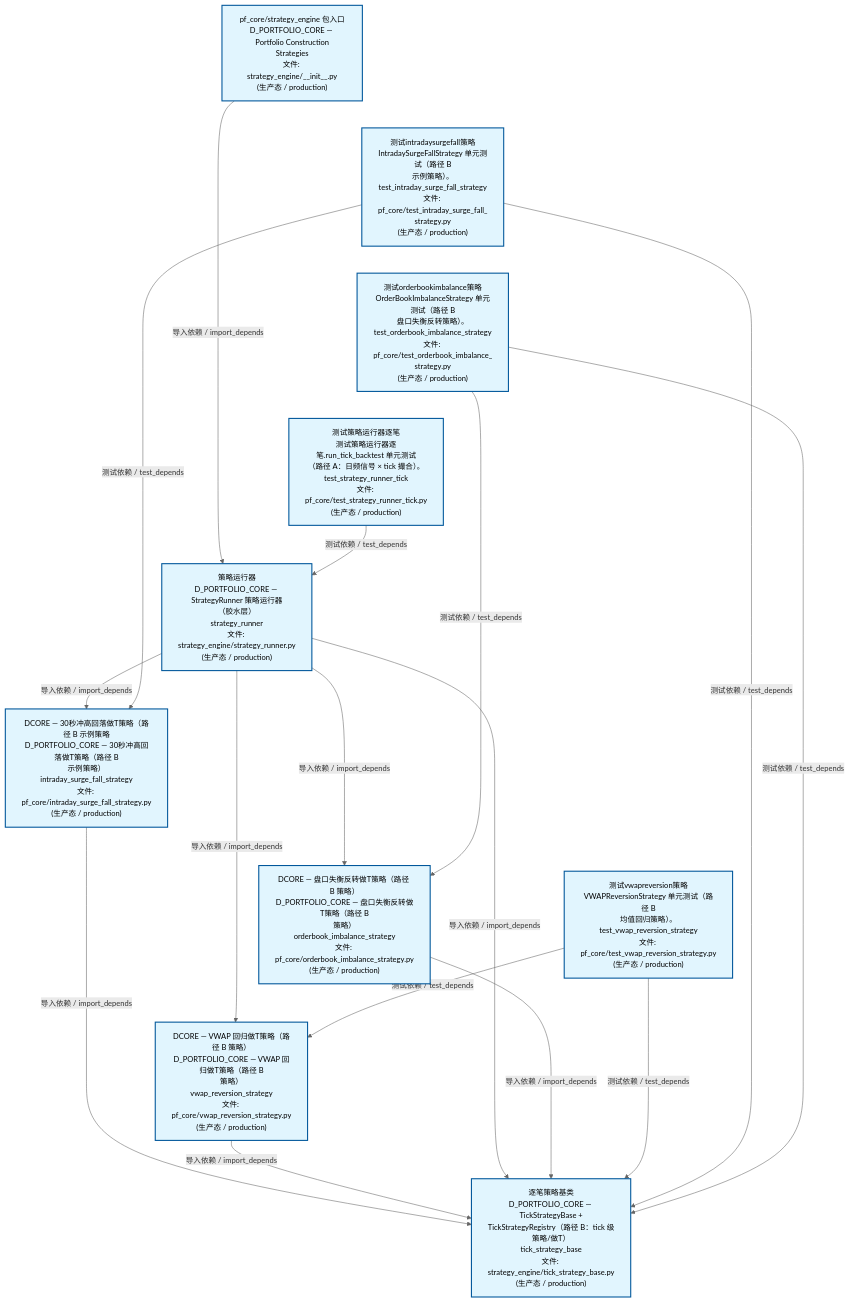
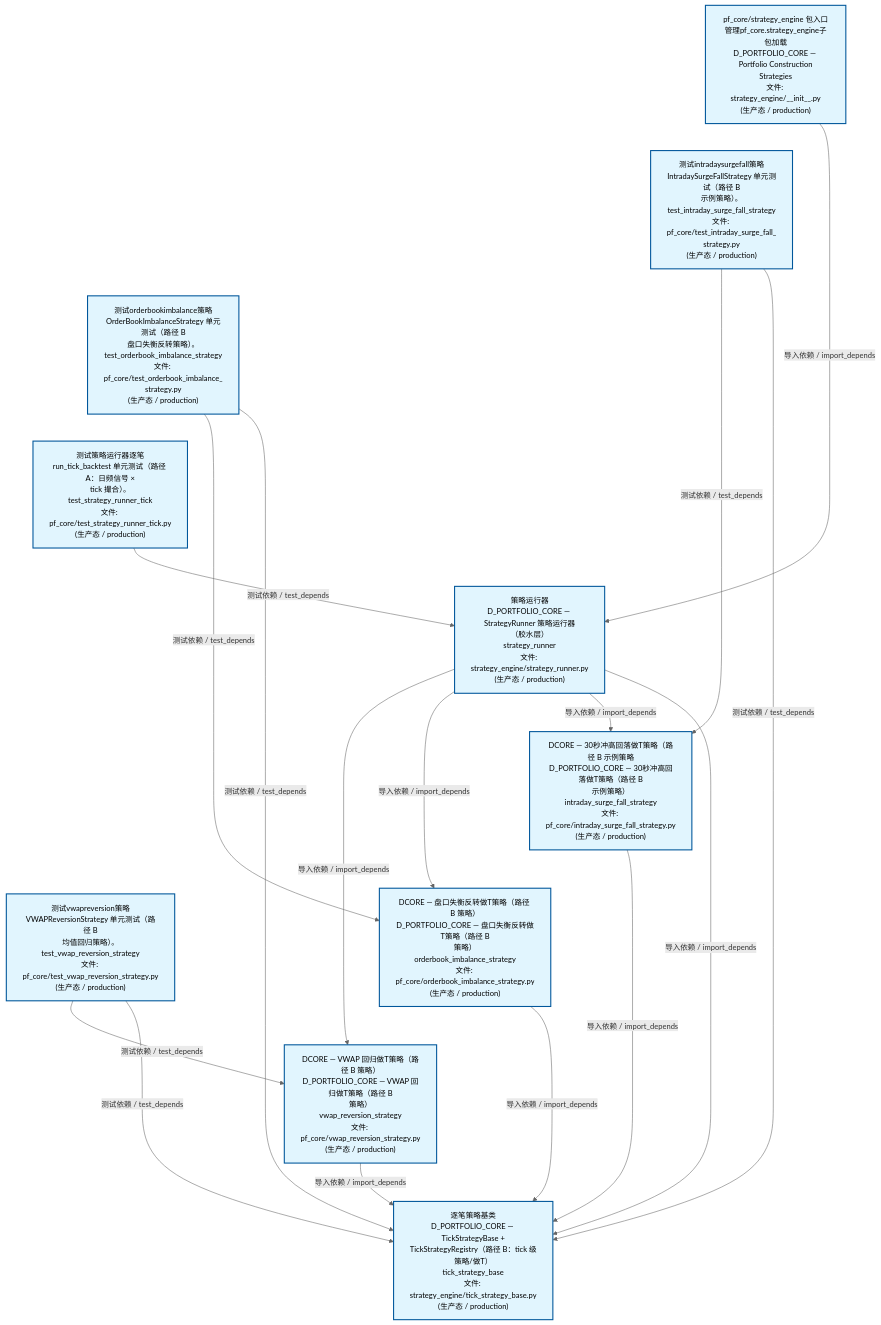
The second of 4 diagrams in docs/02_enterprise_architecture/02_domain_architecture_docs/63_d_pf_core.md (xuanFelixVan/ZephyrAlpha), drawn with Mermaid before and after one commit. The commit also changed other lines of this file and 61 other files, not shown here.

````diff
--- a/docs/02_enterprise_architecture/02_domain_architecture_docs/63_d_pf_core.md
+++ b/docs/02_enterprise_architecture/02_domain_architecture_docs/63_d_pf_core.md
@@ -136,40 +136,40 @@
 ```mermaid
 %%{init: {'theme': 'base', 'themeVariables': {'primaryColor': '#eaeaea', 'primaryTextColor': '#333333', 'primaryBorderColor': '#666666', 'lineColor': '#666666', 'secondaryColor': '#eaeaea', 'tertiaryColor': '#eaeaea', 'fontSize': '14px'}}}%%
 flowchart TD
-    src_zephyr_pf_core_strategy_engine_init_py["pf_core/strategy_engine 包入口<br/>D_PORTFOLIO_CORE — Portfolio Construction<br/>Strategies<br/>文件: strategy_engine/__init__.py<br/>(生产态 / production)"]
+    src_zephyr_pf_core_strategy_engine_init_py["pf_core/strategy_engine 包入口<br/>管理pf_core.strategy_engine子包加载<br/>D_PORTFOLIO_CORE — Portfolio Construction<br/>Strategies<br/>文件: strategy_engine/__init__.py<br/>(生产态 / production)"]
     tests_pf_core_test_intraday_surge_fall_strategy_py["测试intradaysurgefall策略<br/>IntradaySurgeFallStrategy 单元测试（路径 B<br/>示例策略）。<br/>test_intraday_surge_fall_strategy<br/>文件: pf_core/test_intraday_surge_fall_<br/>strategy.py<br/>(生产态 / production)"]
     tests_pf_core_test_orderbook_imbalance_strategy_py["测试orderbookimbalance策略<br/>OrderBookImbalanceStrategy 单元测试（路径 B<br/>盘口失衡反转策略）。<br/>test_orderbook_imbalance_strategy<br/>文件: pf_core/test_orderbook_imbalance_<br/>strategy.py<br/>(生产态 / production)"]
-    tests_pf_core_test_strategy_runner_tick_py["测试策略运行器逐笔<br/>测试策略运行器逐笔.run_tick_backtest 单元测试<br/>（路径 A：日频信号 × tick 撮合）。<br/>test_strategy_runner_tick<br/>文件: pf_core/test_strategy_runner_tick.py<br/>(生产态 / production)"]
+    tests_pf_core_test_strategy_runner_tick_py["测试策略运行器逐笔<br/>run_tick_backtest 单元测试（路径 A：日频信号 ×<br/>tick 撮合）。<br/>test_strategy_runner_tick<br/>文件: pf_core/test_strategy_runner_tick.py<br/>(生产态 / production)"]
     tests_pf_core_test_vwap_reversion_strategy_py["测试vwapreversion策略<br/>VWAPReversionStrategy 单元测试（路径 B<br/>均值回归策略）。<br/>test_vwap_reversion_strategy<br/>文件: pf_core/test_vwap_reversion_strategy.py<br/>(生产态 / production)"]
     src_zephyr_pf_core_strategy_engine_init_py ~~~ tests_pf_core_test_intraday_surge_fall_strategy_py
     tests_pf_core_test_intraday_surge_fall_strategy_py ~~~ tests_pf_core_test_orderbook_imbalance_strategy_py
     tests_pf_core_test_orderbook_imbalance_strategy_py ~~~ tests_pf_core_test_strategy_runner_tick_py
     tests_pf_core_test_strategy_runner_tick_py ~~~ tests_pf_core_test_vwap_reversion_strategy_py
     src_zephyr_pf_core_strategy_engine_strategy_runner_py["策略运行器<br/>D_PORTFOLIO_CORE — StrategyRunner 策略运行器<br/>（胶水层）<br/>strategy_runner<br/>文件: strategy_engine/strategy_runner.py<br/>(生产态 / production)"]
     src_zephyr_pf_core_intraday_surge_fall_strategy_py["DCORE — 30秒冲高回落做T策略（路径 B 示例策略<br/>D_PORTFOLIO_CORE — 30秒冲高回落做T策略（路径 B<br/>示例策略）<br/>intraday_surge_fall_strategy<br/>文件: pf_core/intraday_surge_fall_strategy.py<br/>(生产态 / production)"]
     src_zephyr_pf_core_orderbook_imbalance_strategy_py["DCORE — 盘口失衡反转做T策略（路径 B 策略）<br/>D_PORTFOLIO_CORE — 盘口失衡反转做T策略（路径 B<br/>策略）<br/>orderbook_imbalance_strategy<br/>文件: pf_core/orderbook_imbalance_strategy.py<br/>(生产态 / production)"]
     src_zephyr_pf_core_vwap_reversion_strategy_py["DCORE — VWAP 回归做T策略（路径 B 策略）<br/>D_PORTFOLIO_CORE — VWAP 回归做T策略（路径 B<br/>策略）<br/>vwap_reversion_strategy<br/>文件: pf_core/vwap_reversion_strategy.py<br/>(生产态 / production)"]
     src_zephyr_pf_core_intraday_surge_fall_strategy_py ~~~ src_zephyr_pf_core_orderbook_imbalance_strategy_py
     src_zephyr_pf_core_orderbook_imbalance_strategy_py ~~~ src_zephyr_pf_core_vwap_reversion_strategy_py
     src_zephyr_pf_core_strategy_engine_tick_strategy_base_py["逐笔策略基类<br/>D_PORTFOLIO_CORE — TickStrategyBase +<br/>TickStrategyRegistry（路径 B：tick 级策略/做T）<br/>tick_strategy_base<br/>文件: strategy_engine/tick_strategy_base.py<br/>(生产态 / production)"]
+    src_zephyr_pf_core_vwap_reversion_strategy_py -->|导入依赖 / import_depends| src_zephyr_pf_core_strategy_engine_tick_strategy_base_py
+    src_zephyr_pf_core_orderbook_imbalance_strategy_py -->|导入依赖 / import_depends| src_zephyr_pf_core_strategy_engine_tick_strategy_base_py
     src_zephyr_pf_core_intraday_surge_fall_strategy_py -->|导入依赖 / import_depends| src_zephyr_pf_core_strategy_engine_tick_strategy_base_py
-    src_zephyr_pf_core_vwap_reversion_strategy_py -->|导入依赖 / import_depends| src_zephyr_pf_core_strategy_engine_tick_strategy_base_py
+    src_zephyr_pf_core_strategy_engine_init_py -->|导入依赖 / import_depends| src_zephyr_pf_core_strategy_engine_strategy_runner_py
+    src_zephyr_pf_core_strategy_engine_strategy_runner_py -->|导入依赖 / import_depends| src_zephyr_pf_core_vwap_reversion_strategy_py
+    src_zephyr_pf_core_strategy_engine_strategy_runner_py -->|导入依赖 / import_depends| src_zephyr_pf_core_orderbook_imbalance_strategy_py
     src_zephyr_pf_core_strategy_engine_strategy_runner_py -->|导入依赖 / import_depends| src_zephyr_pf_core_intraday_surge_fall_strategy_py
-    src_zephyr_pf_core_strategy_engine_strategy_runner_py -->|导入依赖 / import_depends| src_zephyr_pf_core_vwap_reversion_strategy_py
     src_zephyr_pf_core_strategy_engine_strategy_runner_py -->|导入依赖 / import_depends| src_zephyr_pf_core_strategy_engine_tick_strategy_base_py
-    src_zephyr_pf_core_strategy_engine_strategy_runner_py -->|导入依赖 / import_depends| src_zephyr_pf_core_orderbook_imbalance_strategy_py
-    src_zephyr_pf_core_strategy_engine_init_py -->|导入依赖 / import_depends| src_zephyr_pf_core_strategy_engine_strategy_runner_py
-    src_zephyr_pf_core_orderbook_imbalance_strategy_py -->|导入依赖 / import_depends| src_zephyr_pf_core_strategy_engine_tick_strategy_base_py
+    tests_pf_core_test_intraday_surge_fall_strategy_py -->|测试依赖 / test_depends| src_zephyr_pf_core_intraday_surge_fall_strategy_py
+    tests_pf_core_test_intraday_surge_fall_strategy_py -->|测试依赖 / test_depends| src_zephyr_pf_core_strategy_engine_tick_strategy_base_py
+    tests_pf_core_test_orderbook_imbalance_strategy_py -->|测试依赖 / test_depends| src_zephyr_pf_core_orderbook_imbalance_strategy_py
+    tests_pf_core_test_orderbook_imbalance_strategy_py -->|测试依赖 / test_depends| src_zephyr_pf_core_strategy_engine_tick_strategy_base_py
+    tests_pf_core_test_strategy_runner_tick_py -->|测试依赖 / test_depends| src_zephyr_pf_core_strategy_engine_strategy_runner_py
     tests_pf_core_test_vwap_reversion_strategy_py -->|测试依赖 / test_depends| src_zephyr_pf_core_vwap_reversion_strategy_py
     tests_pf_core_test_vwap_reversion_strategy_py -->|测试依赖 / test_depends| src_zephyr_pf_core_strategy_engine_tick_strategy_base_py
-    tests_pf_core_test_intraday_surge_fall_strategy_py -->|测试依赖 / test_depends| src_zephyr_pf_core_intraday_surge_fall_strategy_py
-    tests_pf_core_test_intraday_surge_fall_strategy_py -->|测试依赖 / test_depends| src_zephyr_pf_core_strategy_engine_tick_strategy_base_py
-    tests_pf_core_test_strategy_runner_tick_py -->|测试依赖 / test_depends| src_zephyr_pf_core_strategy_engine_strategy_runner_py
-    tests_pf_core_test_orderbook_imbalance_strategy_py -->|测试依赖 / test_depends| src_zephyr_pf_core_strategy_engine_tick_strategy_base_py
-    tests_pf_core_test_orderbook_imbalance_strategy_py -->|测试依赖 / test_depends| src_zephyr_pf_core_orderbook_imbalance_strategy_py
     classDef production fill:#e1f5fe,stroke:#01579b,stroke-width:2px,color:#000
     classDef design fill:#fff3e0,stroke:#e65100,stroke-width:2px,color:#000,stroke-dasharray: 5 5
     classDef external_prod fill:#e8f4fd,stroke:#0277bd,stroke-width:1px,color:#000
     classDef external_design fill:#fff8e7,stroke:#ef6c00,stroke-width:1px,color:#000,stroke-dasharray: 5 5
     class src_zephyr_pf_core_intraday_surge_fall_strategy_py,src_zephyr_pf_core_orderbook_imbalance_strategy_py,src_zephyr_pf_core_strategy_engine_init_py,src_zephyr_pf_core_strategy_engine_strategy_runner_py,src_zephyr_pf_core_strategy_engine_tick_strategy_base_py,src_zephyr_pf_core_vwap_reversion_strategy_py,tests_pf_core_test_intraday_surge_fall_strategy_py,tests_pf_core_test_orderbook_imbalance_strategy_py,tests_pf_core_test_strategy_runner_tick_py,tests_pf_core_test_vwap_reversion_strategy_py production
 ```
````
